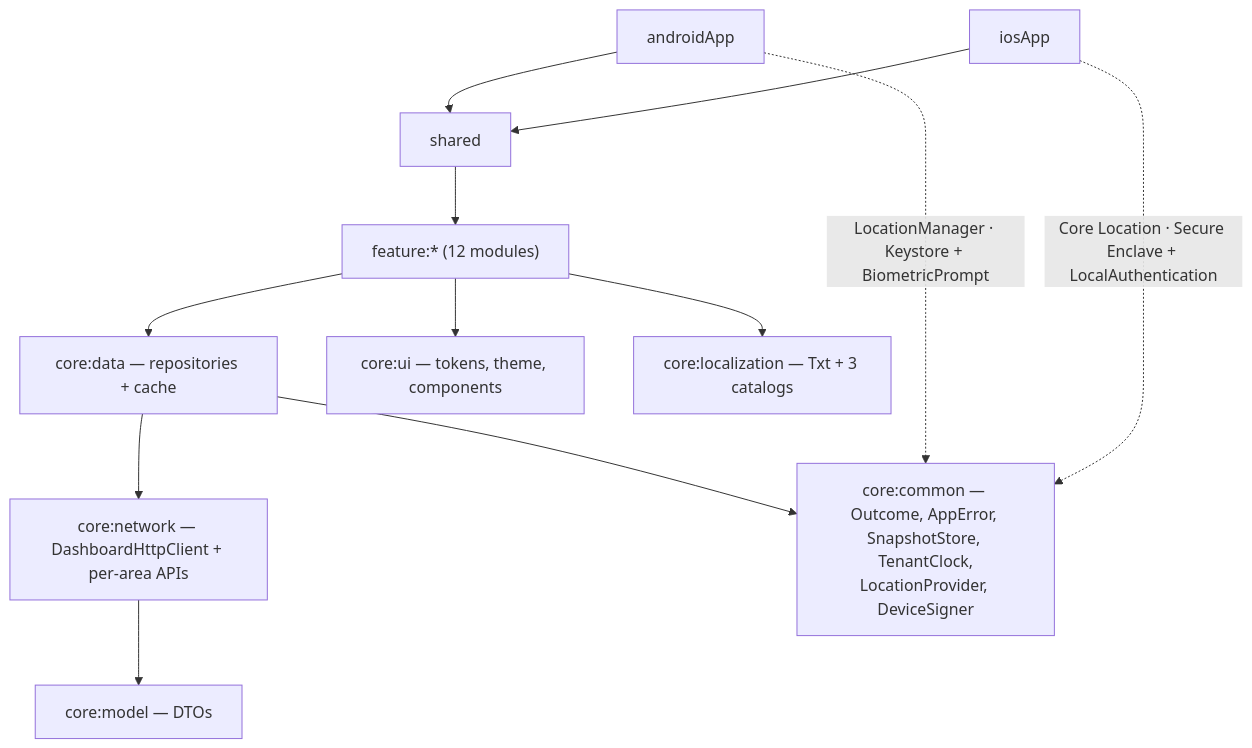
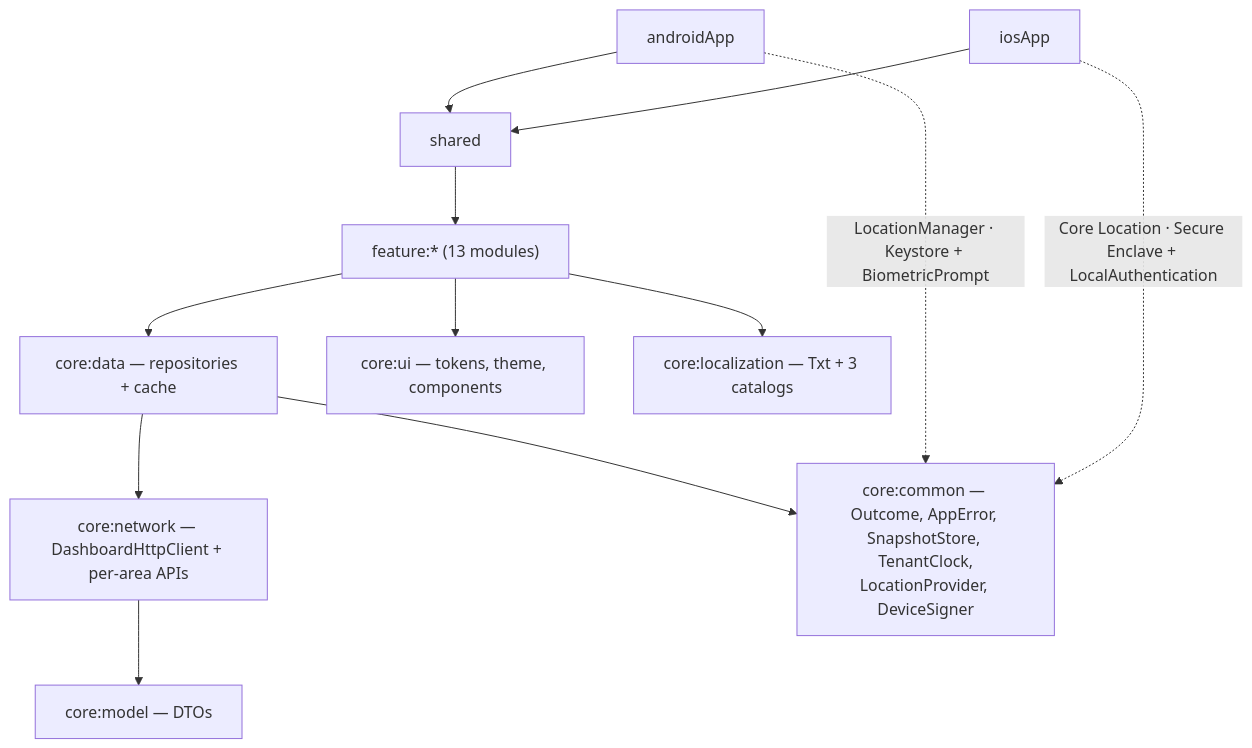
One commit to rfm-9300/rfm-edubot changed diagram 25 of 25 in docs/architecture.md. Above: the diagram before and after it, drawn with Mermaid. The commit also changed other lines of this file and 71 other files, not shown here.

````diff
--- a/docs/architecture.md
+++ b/docs/architecture.md
@@ -1638,14 +1638,14 @@
 ```mermaid
 flowchart TD
   android[androidApp] --> shared
   ios[iosApp] --> shared
-  shared --> features["feature:* (12 modules)"]
+  shared --> features["feature:* (13 modules)"]
   features --> data["core:data — repositories + cache"]
   features --> ui["core:ui — tokens, theme, components"]
   features --> l10n["core:localization — Txt + 3 catalogs"]
   data --> network["core:network — DashboardHttpClient + per-area APIs"]
   network --> model["core:model — DTOs"]
   data --> common["core:common — Outcome, AppError, SnapshotStore, TenantClock,<br/>LocationProvider, DeviceSigner"]
   android -.->|"LocationManager · Keystore + BiometricPrompt"| common
   ios -.->|"Core Location · Secure Enclave + LocalAuthentication"| common
 ```
````
